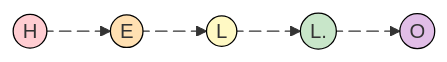
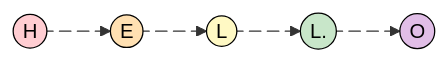
The diagram in README.md (F11uff/F11uff), drawn with Mermaid before and after one commit.

````diff
--- a/README.md
+++ b/README.md
@@ -2,20 +2,18 @@
 ```mermaid
 flowchart LR
     H(("H")) L_H_E_0@--> E(("E"))
     E L_E_L_0@--> L(("L"))
     L L_L_L._0@--> L.(("L."))
     L. L_L._O_0@--> O(("O"))
 
-    style H stroke:#000000,fill:#FFCDD2
-    style E stroke:#000000,fill:#FFE0B2
-    style L stroke:#000000,fill:#FFF9C4
-    style L. stroke:#000000,fill:#C8E6C9
-    style O stroke:#000000,fill:#E1BEE7
+    style H stroke:#000000,fill:#FFCDD2,color:#000000
+    style E stroke:#000000,fill:#FFE0B2,color:#000000
+    style L stroke:#000000,fill:#FFF9C4,color:#000000
+    style L. stroke:#000000,fill:#C8E6C9,color:#000000
+    style O stroke:#000000,fill:#E1BEE7,color:#000000
 
     L_H_E_0@{ animation: slow } 
     L_E_L_0@{ animation: slow } 
     L_L_L._0@{ animation: slow } 
     L_L._O_0@{ animation: slow } 
-
-
 ```
````
